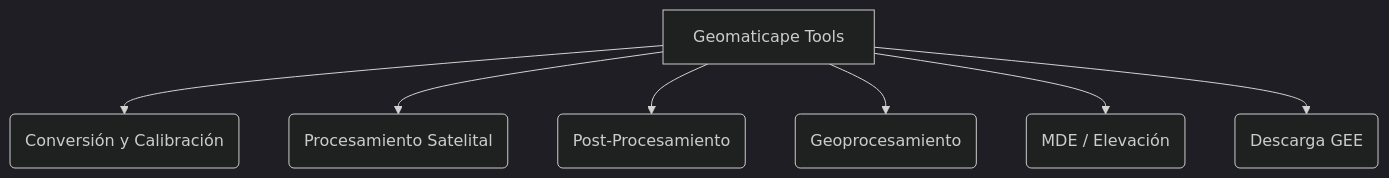
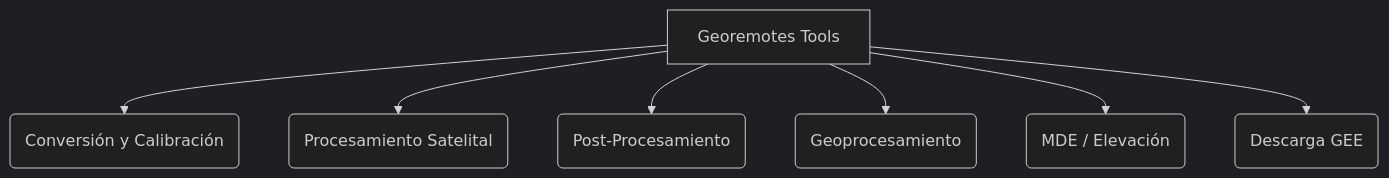
Before and after one commit to Ninobravo55/Georemote_tools: the diagram in README.md, drawn with Mermaid (dark theme).

````diff
--- a/README.md
+++ b/README.md
@@ -17,9 +17,9 @@
 ```mermaid
 graph TD
-    A[Geomaticape Tools] --> B(Conversión y Calibración)
+    A[Georemotes Tools] --> B(Conversión y Calibración)
     A --> C(Procesamiento Satelital)
     A --> D(Post-Procesamiento)
     A --> E(Geoprocesamiento)
     A --> G(MDE / Elevación)
     A --> H(Descarga GEE)
 ```
````
